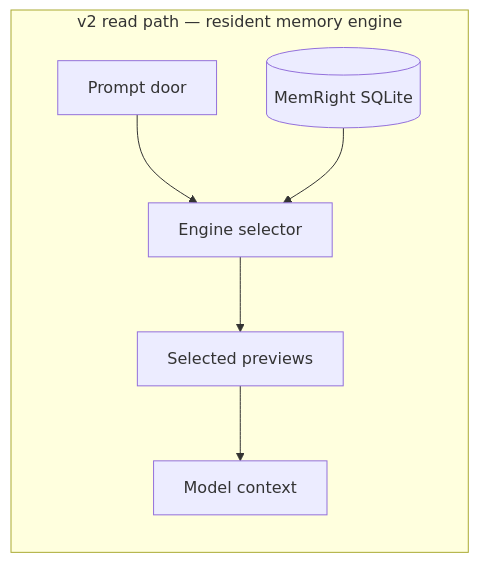
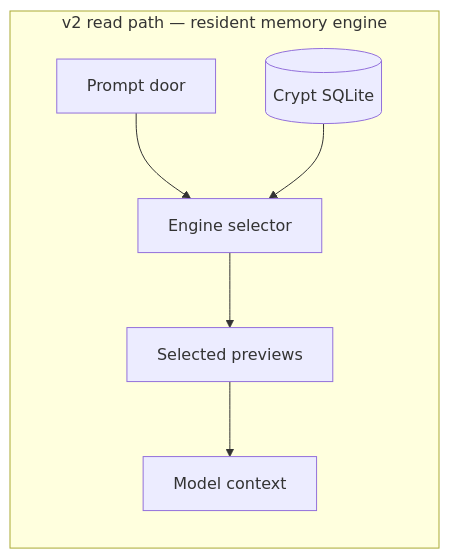
One commit to Orthic-Labs/Membrane changed the second of 7 diagrams in docs/CONTEXT-ENGINEERING-EVOLUTION.md. Above: the diagram before and after it, drawn with Mermaid. The commit also changed other lines of this file and 208 other files, not shown here.

````diff
--- a/docs/CONTEXT-ENGINEERING-EVOLUTION.md
+++ b/docs/CONTEXT-ENGINEERING-EVOLUTION.md
@@ -83,9 +83,9 @@
 ```mermaid
 flowchart LR
   subgraph v2["v2 read path — resident memory engine"]
     P[Prompt door] --> A[Engine selector]
-    S[(MemRight SQLite)] --> A
+    S[(Crypt SQLite)] --> A
     A --> B[Selected previews]
     B --> C[Model context]
   end
 ```
````
